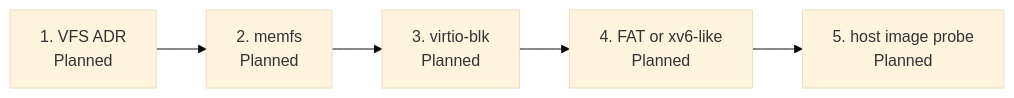
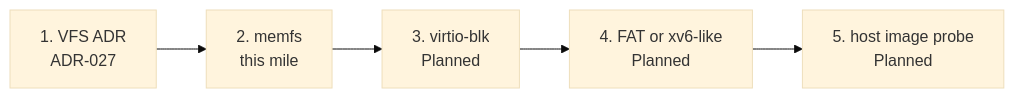
Before and after one commit to artofdream/ctos: the diagram in docs/overview/filesystem.md, drawn with Mermaid (base theme). The commit also changed other lines of this file and 30 other files, not shown here.

First line of the commit message:
A6: Thin VFS + memfs (ADR-027) (#56)

````diff
--- a/docs/overview/filesystem.md
+++ b/docs/overview/filesystem.md
@@ -29,7 +27,7 @@
 ```mermaid
 flowchart LR
-  V["1. VFS ADR<br/>Planned"] --> M["2. memfs<br/>Planned"]
+  V["1. VFS ADR<br/>ADR-027"] --> M["2. memfs<br/>this mile"]
   M --> B["3. virtio-blk<br/>Planned"]
   B --> F["4. FAT or xv6-like<br/>Planned"]
   F --> H["5. host image probe<br/>Planned"]
 ```
````
